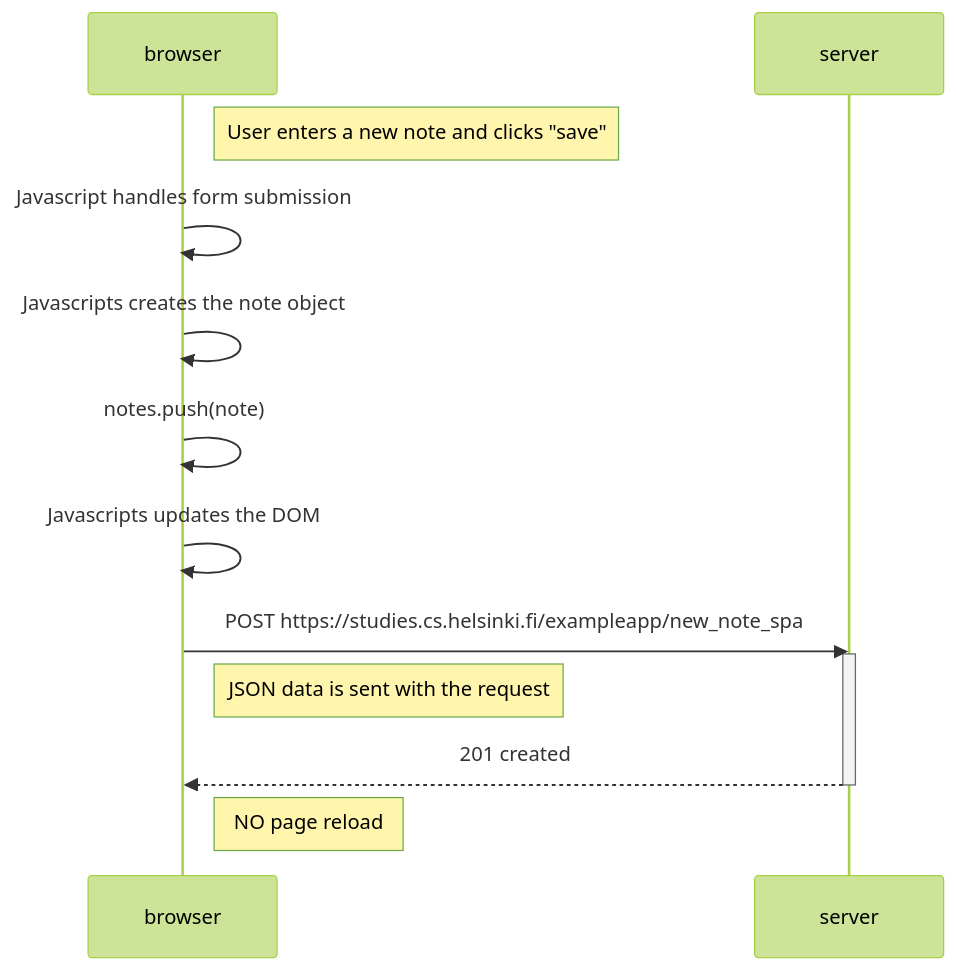
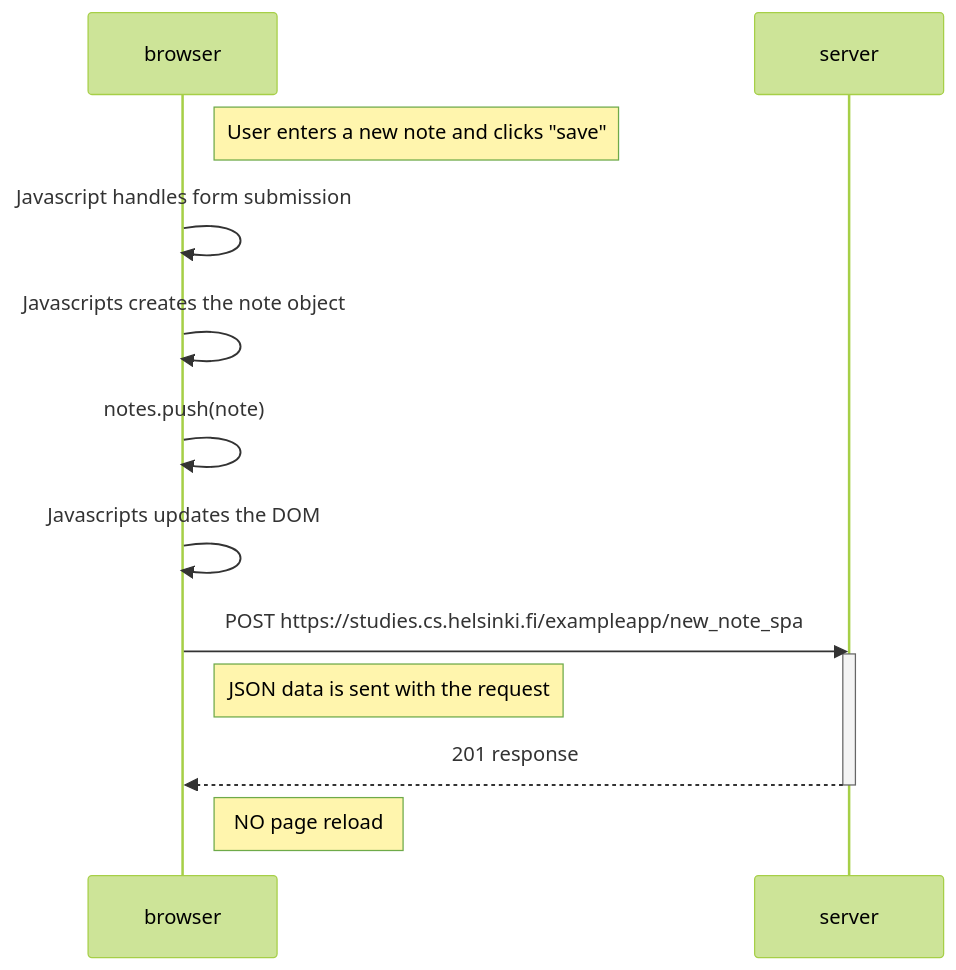
The diagram in PART0/exercise_0.6.md (Partha500/full-stack-open), drawn with Mermaid (forest theme) before and after one commit.

Commit message:
Update 0.6 Diagram response

````diff
--- a/PART0/exercise_0.6.md
+++ b/PART0/exercise_0.6.md
@@ -1,21 +1,21 @@
 ```mermaid 
 
 sequenceDiagram
         participant browser 
         participant server
 
 Note right of browser: User enters a new note and clicks "save"
         
         browser->>browser:Javascript handles form submission
         browser->>browser:Javascripts creates the note object 
         browser->>browser:notes.push(note)
         browser->>browser:Javascripts updates the DOM
 
         browser->>server: POST https://studies.cs.helsinki.fi/exampleapp/new_note_spa
         activate server 
 Note right of browser: JSON data is sent with the request 
-        server-->>browser: 201 created 
+        server-->>browser: 201 response 
         deactivate server 
         
 Note right of browser: NO page reload 
 ```
````
